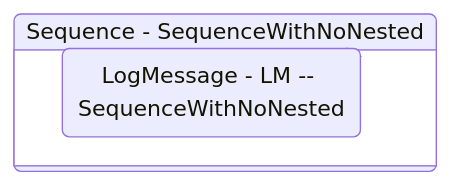
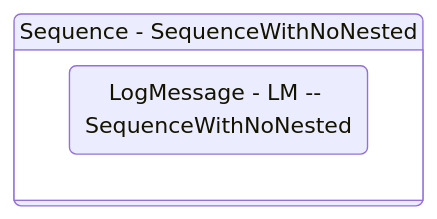
One commit to yashbrahmbhatt/LazyFramework changed the diagram in Documentation/Tests/AutoDocs/TraverseWorkflow/Test Data/SequenceWithNoNested.md. Above: the diagram before and after it, drawn with Mermaid. The commit also changed other lines of this file and 83 other files, not shown here.

````diff
--- a/Documentation/Tests/AutoDocs/TraverseWorkflow/Test Data/SequenceWithNoNested.md
+++ b/Documentation/Tests/AutoDocs/TraverseWorkflow/Test Data/SequenceWithNoNested.md
@@ -106,10 +108,10 @@
 ```mermaid
 stateDiagram-v2
+
 
 Sequence_1: Sequence - SequenceWithNoNested
 state Sequence_1 {
 direction TB
 LogMessage_1 : LogMessage - LM -- SequenceWithNoNested
 }
-LogMessage_1 --> Sequence_1
 ```
````
